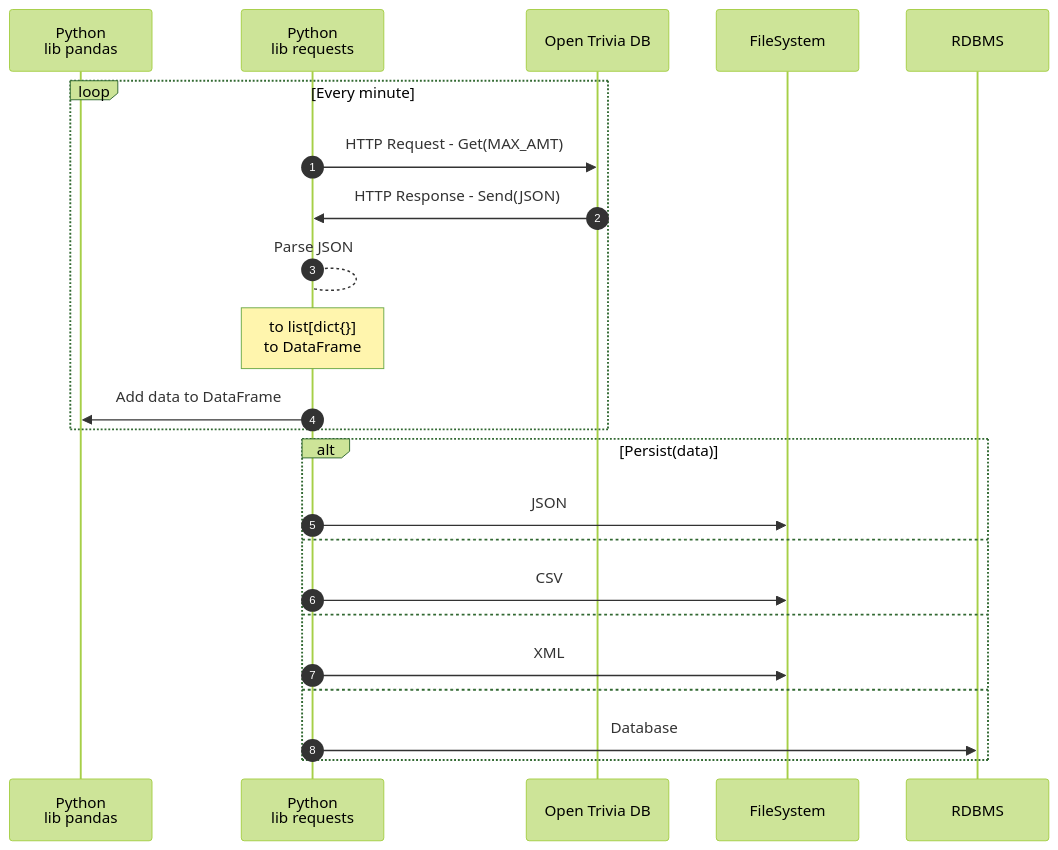
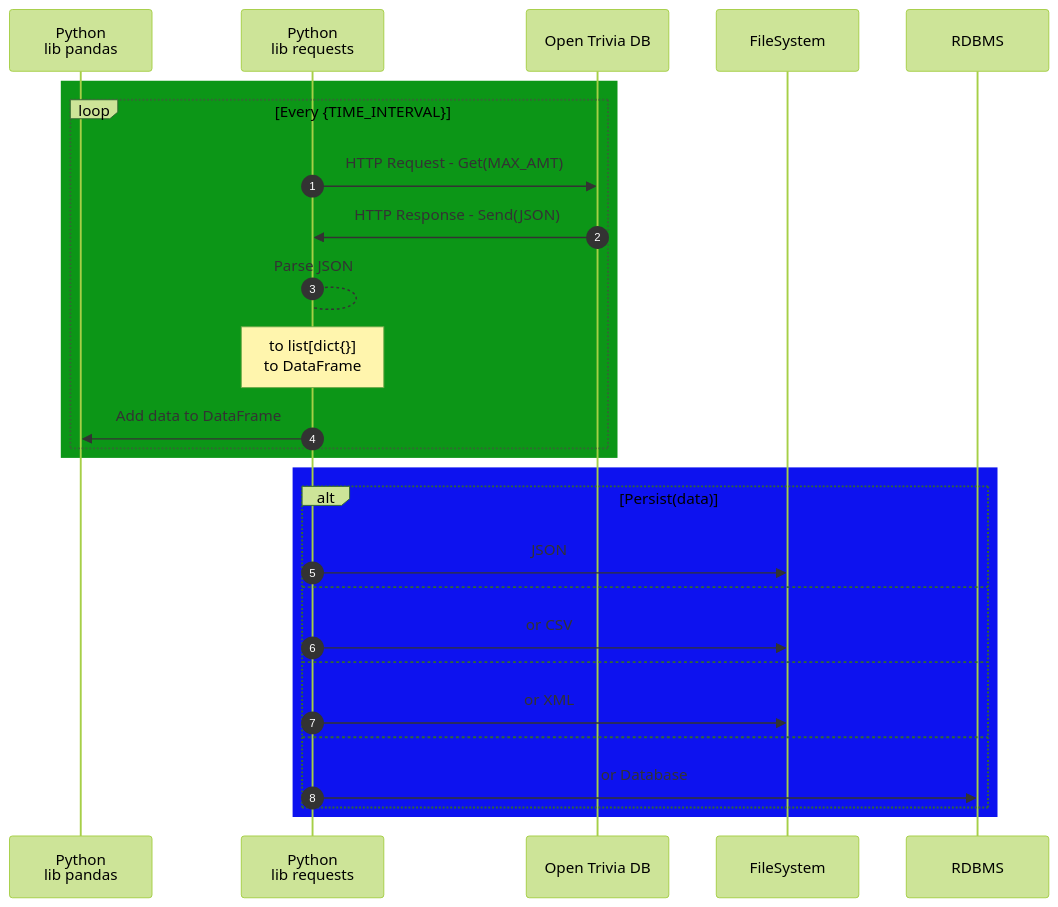
One commit to nevsglueckauf/pyquiz changed the diagram in doq/scraper_doc.md. Above: the diagram before and after it, drawn with Mermaid (forest theme).

Commit message:
Aktualisierung Dokumentation

````diff
--- a/doq/scraper_doc.md
+++ b/doq/scraper_doc.md
@@ -3,25 +3,29 @@
 ```mermaid
 sequenceDiagram
     autonumber
     participant pd as Python<br/>lib pandas
     participant Py as Python<br/>lib requests
     participant Api as Open Trivia DB
-    
-    loop Every minute
-        Py->>Api: HTTP Request - Get(MAX_AMT)
-        Api->>Py: HTTP Response - Send(JSON)
-        Py-->Py: Parse JSON
-        note over Py: to list[dict{}]<br/>to DataFrame
-        Py->>pd: Add data to DataFrame
+    rect rgb(12, 150, 23)
+        loop Every {TIME_INTERVAL}
+            
+            Py->>Api: HTTP Request - Get(MAX_AMT)
+            Api->>Py: HTTP Response - Send(JSON)
+            Py-->Py: Parse JSON
+            note over Py: to list[dict{}]<br/>to DataFrame
+            Py->>pd: Add data to DataFrame
+        end
     end
-    alt Persist(data)
-        Py->>FileSystem: JSON 
-    else 
-        Py->>FileSystem: CSV 
-    else 
-        Py->>FileSystem: XML 
-    else 
-        Py->>RDBMS: Database 
+    rect rgb(13, 18, 239)
+        alt Persist(data)
+            Py->>FileSystem: JSON 
+        else 
+            Py->>FileSystem: or CSV 
+        else 
+            Py->>FileSystem: or XML 
+        else 
+            Py->>RDBMS: or Database 
+        end
     end
 
 ```
````
